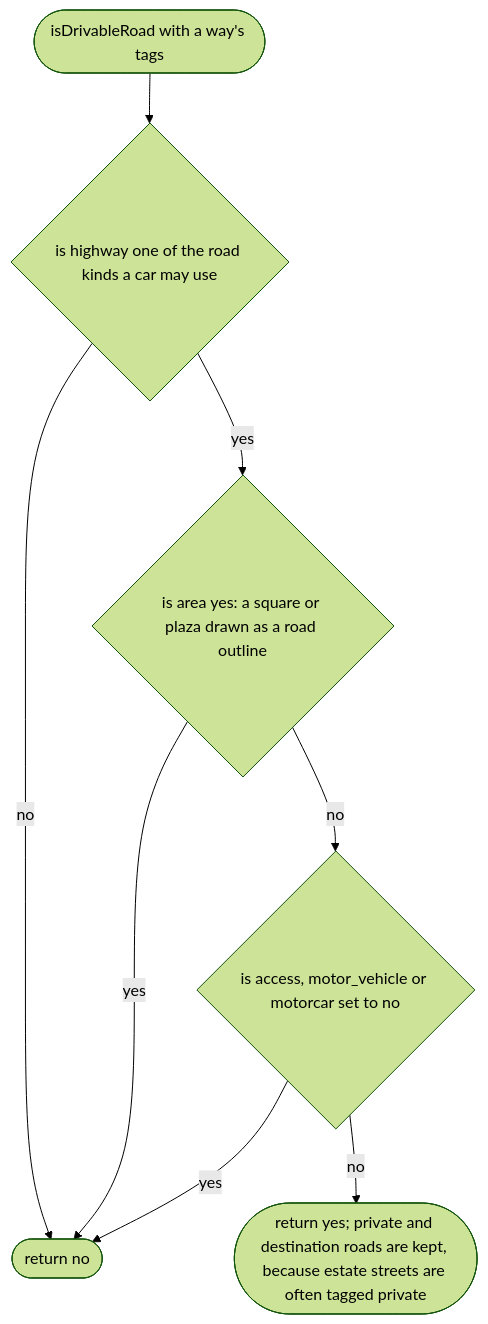
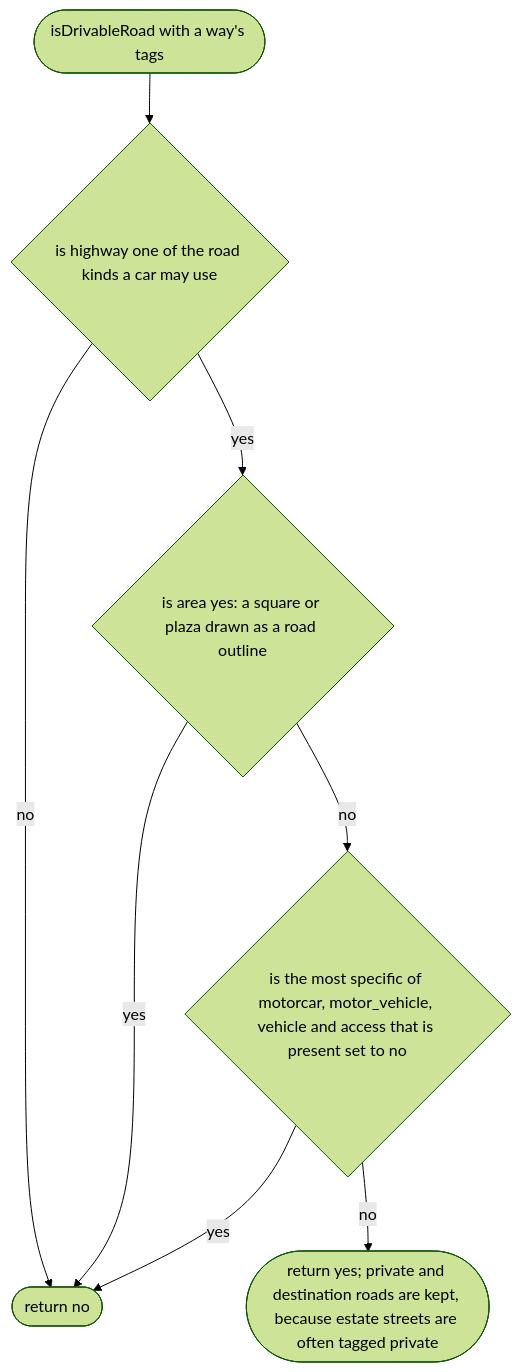
The first of 5 diagrams in docs/designs/tools/bake/roads.md (NewDara-Star/world-engine), drawn with Mermaid (forest theme) before and after one commit. The commit also changed other lines of this file and 41 other files, not shown here.

````diff
--- a/docs/designs/tools/bake/roads.md
+++ b/docs/designs/tools/bake/roads.md
@@ -26,16 +28,16 @@
 ```mermaid
 flowchart TD
   s(["isDrivableRoad with a way's tags"])
   a{"is highway one of the road kinds a car may use"}
   b(["return no"])
   c{"is area yes: a square or plaza drawn as a road outline"}
-  d{"is access, motor_vehicle or motorcar set to no"}
+  d{"is the most specific of motorcar, motor_vehicle, vehicle and access that is present set to no"}
   e(["return yes; private and destination roads are kept, because estate streets are often tagged private"])
   s --> a
   a -->|"no"| b
   a -->|"yes"| c
   c -->|"yes"| b
   c -->|"no"| d
   d -->|"yes"| b
   d -->|"no"| e
 ```
````
